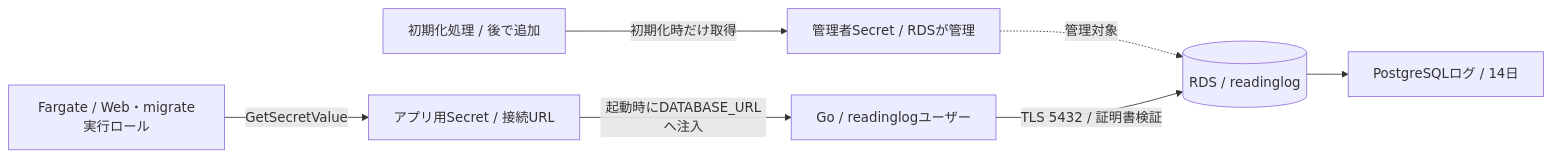
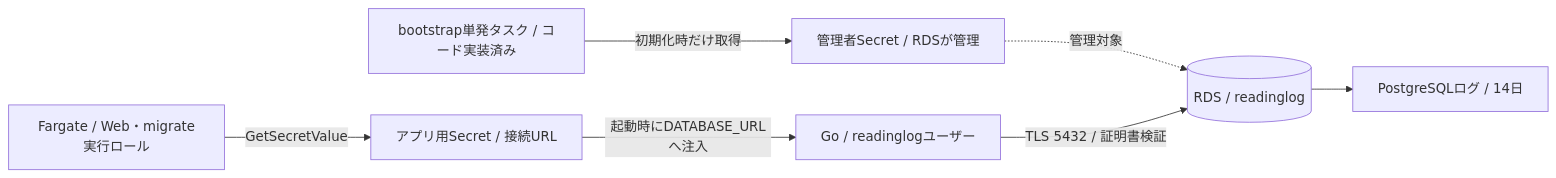
One commit to Toridesu/reading-log changed the diagram in docs/runbooks/rds-and-secrets.md. Above: the diagram before and after it, drawn with Mermaid. The commit also changed other lines of this file and 22 other files, not shown here.

````diff
--- a/docs/runbooks/rds-and-secrets.md
+++ b/docs/runbooks/rds-and-secrets.md
@@ -23,9 +23,9 @@
 ```mermaid
 flowchart LR
-  ADMIN[初期化処理 / 後で追加] -->|初期化時だけ取得| MASTER[管理者Secret / RDSが管理]
+  ADMIN[bootstrap単発タスク / コード実装済み] -->|初期化時だけ取得| MASTER[管理者Secret / RDSが管理]
   MASTER -.->|管理対象| RDS[(RDS / readinglog)]
   RDS --> LOG[PostgreSQLログ / 14日]
   EXEC[Fargate / Web・migrate実行ロール] -->|GetSecretValue| APPSECRET[アプリ用Secret / 接続URL]
   APPSECRET -->|起動時にDATABASE_URLへ注入| APP[Go / readinglogユーザー]
   APP -->|TLS 5432 / 証明書検証| RDS
 ```
````
